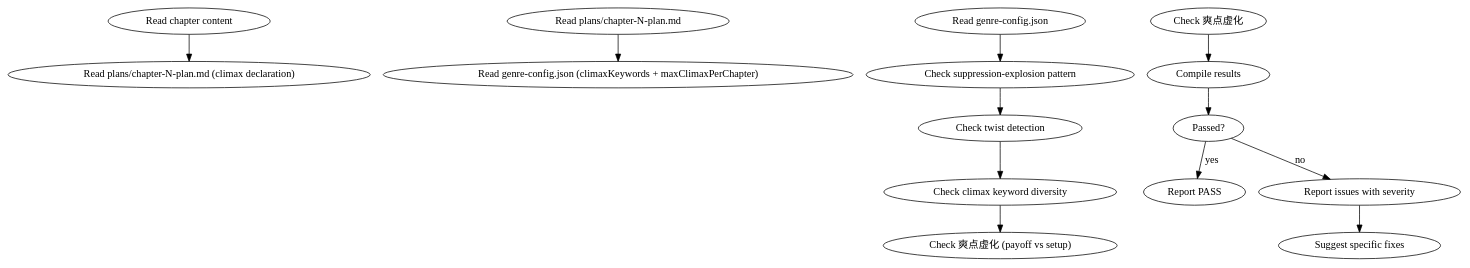
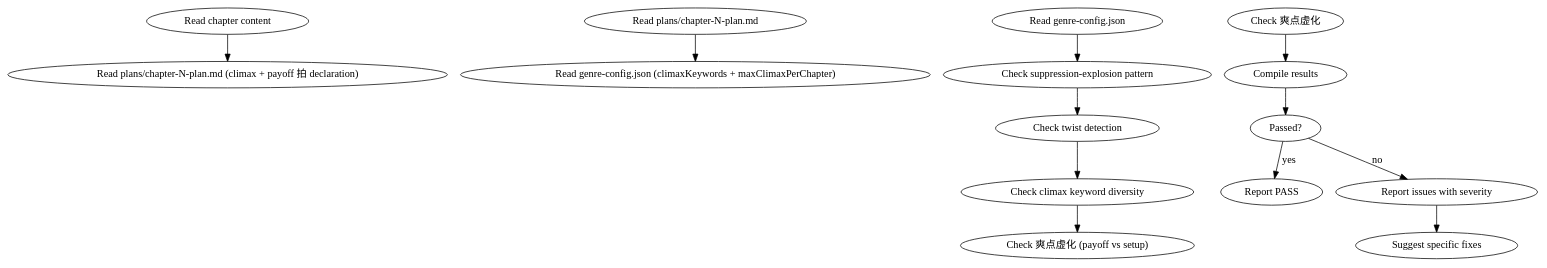
One commit to ThomasChangX/shenbi changed the diagram in skills/shenbi-review-highpoint/SKILL.md. Above: the diagram before and after it, drawn with Graphviz. The commit also changed 12 other files, not shown here.

````diff
--- a/skills/shenbi-review-highpoint/SKILL.md
+++ b/skills/shenbi-review-highpoint/SKILL.md
@@ -43,15 +43,15 @@
 ```dot
 digraph review_highpoint {
-    "Read chapter content" -> "Read plans/chapter-N-plan.md (climax declaration)";
+    "Read chapter content" -> "Read plans/chapter-N-plan.md (climax + payoff 拍 declaration)";
     "Read plans/chapter-N-plan.md" -> "Read genre-config.json (climaxKeywords + maxClimaxPerChapter)";
     "Read genre-config.json" -> "Check suppression-explosion pattern";
     "Check suppression-explosion pattern" -> "Check twist detection";
     "Check twist detection" -> "Check climax keyword diversity";
     "Check climax keyword diversity" -> "Check 爽点虚化 (payoff vs setup)";
     "Check 爽点虚化" -> "Compile results";
     "Compile results" -> "Passed?";
     "Passed?" -> "Report PASS" [label="yes"];
     "Passed?" -> "Report issues with severity" [label="no"];
     "Report issues with severity" -> "Suggest specific fixes";
 }
 ```
````
